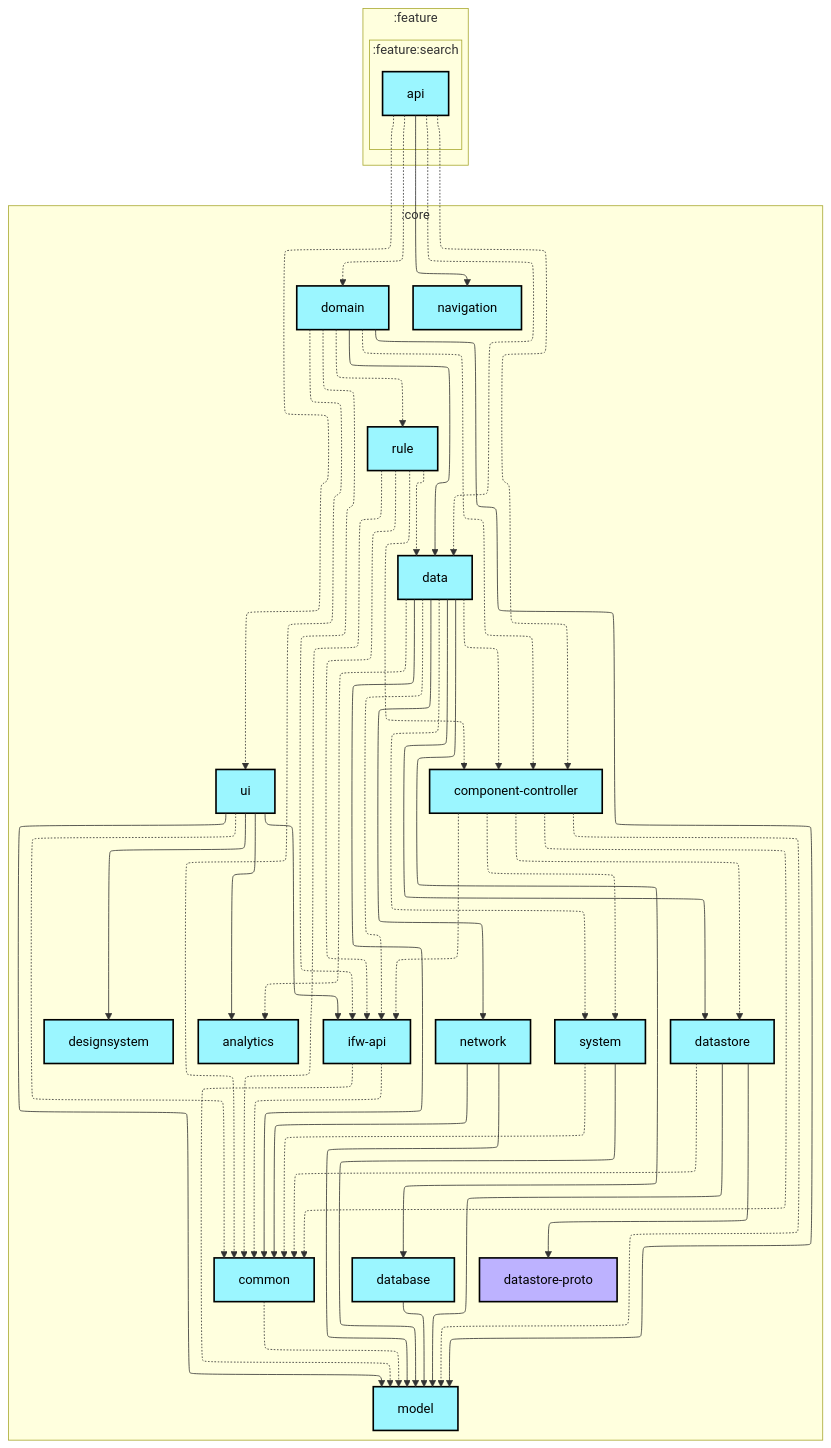
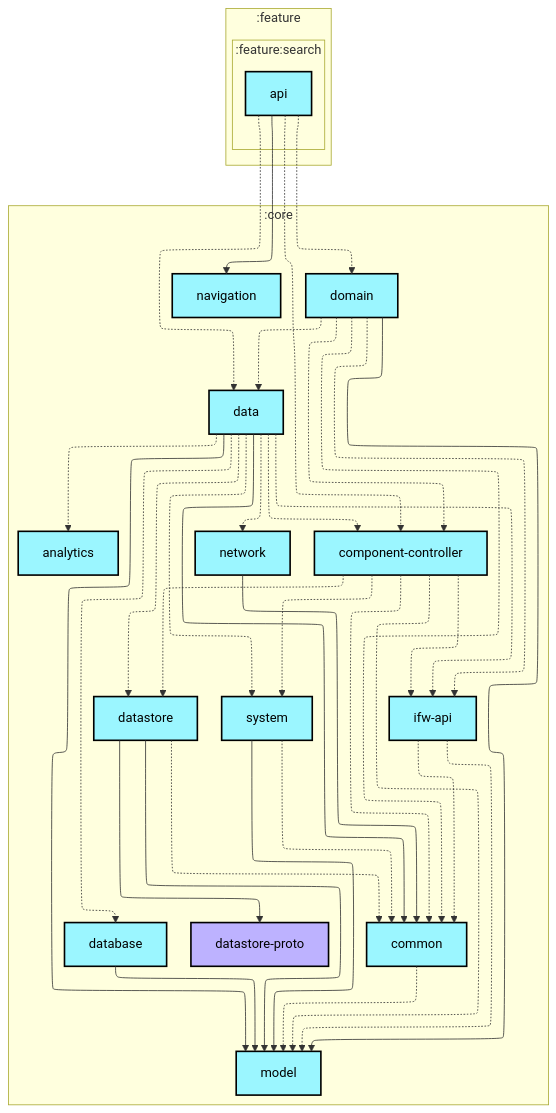
One commit to lihenggui/blocker changed the first of 2 diagrams in feature/search/api/README.md. Above: the diagram before and after it, drawn with Mermaid. The commit also changed 29 other files, not shown here.

First line of the commit message:
Update module dependency graphs after boundary cleanup

```diff
--- a/feature/search/api/README.md
+++ b/feature/search/api/README.md
@@ -27,15 +27,12 @@
     :core:database[database]:::android-library
     :core:datastore[datastore]:::android-library
     :core:datastore-proto[datastore-proto]:::jvm-library
-    :core:designsystem[designsystem]:::android-library
     :core:domain[domain]:::android-library
     :core:ifw-api[ifw-api]:::android-library
     :core:model[model]:::android-library
     :core:navigation[navigation]:::android-library
     :core:network[network]:::android-library
-    :core:rule[rule]:::android-library
     :core:system[system]:::android-library
-    :core:ui[ui]:::android-library
   end
 
   :core:common -.-> :core:model
@@ -47,10 +44,11 @@
   :core:data -.-> :core:analytics
   :core:data --> :core:common
   :core:data -.-> :core:component-controller
-  :core:data --> :core:database
-  :core:data --> :core:datastore
+  :core:data -.-> :core:database
+  :core:data -.-> :core:datastore
   :core:data -.-> :core:ifw-api
-  :core:data --> :core:network
+  :core:data --> :core:model
+  :core:data -.-> :core:network
   :core:data -.-> :core:system
   :core:database --> :core:model
   :core:datastore -.-> :core:common
@@ -58,30 +56,18 @@
   :core:datastore --> :core:model
   :core:domain -.-> :core:common
   :core:domain -.-> :core:component-controller
-  :core:domain --> :core:data
+  :core:domain -.-> :core:data
   :core:domain -.-> :core:ifw-api
   :core:domain --> :core:model
-  :core:domain -.-> :core:rule
   :core:ifw-api -.-> :core:common
   :core:ifw-api -.-> :core:model
   :core:network --> :core:common
-  :core:network --> :core:model
-  :core:rule -.-> :core:common
-  :core:rule -.-> :core:component-controller
-  :core:rule -.-> :core:data
-  :core:rule -.-> :core:ifw-api
   :core:system -.-> :core:common
   :core:system --> :core:model
-  :core:ui --> :core:analytics
-  :core:ui -.-> :core:common
-  :core:ui --> :core:designsystem
-  :core:ui --> :core:ifw-api
-  :core:ui --> :core:model
   :feature:search:api -.-> :core:component-controller
   :feature:search:api -.-> :core:data
   :feature:search:api -.-> :core:domain
   :feature:search:api --> :core:navigation
-  :feature:search:api -.-> :core:ui
 
 classDef android-application fill:#CAFFBF,stroke:#000,stroke-width:2px,color:#000;
 classDef android-feature fill:#FFD6A5,stroke:#000,stroke-width:2px,color:#000;
```
